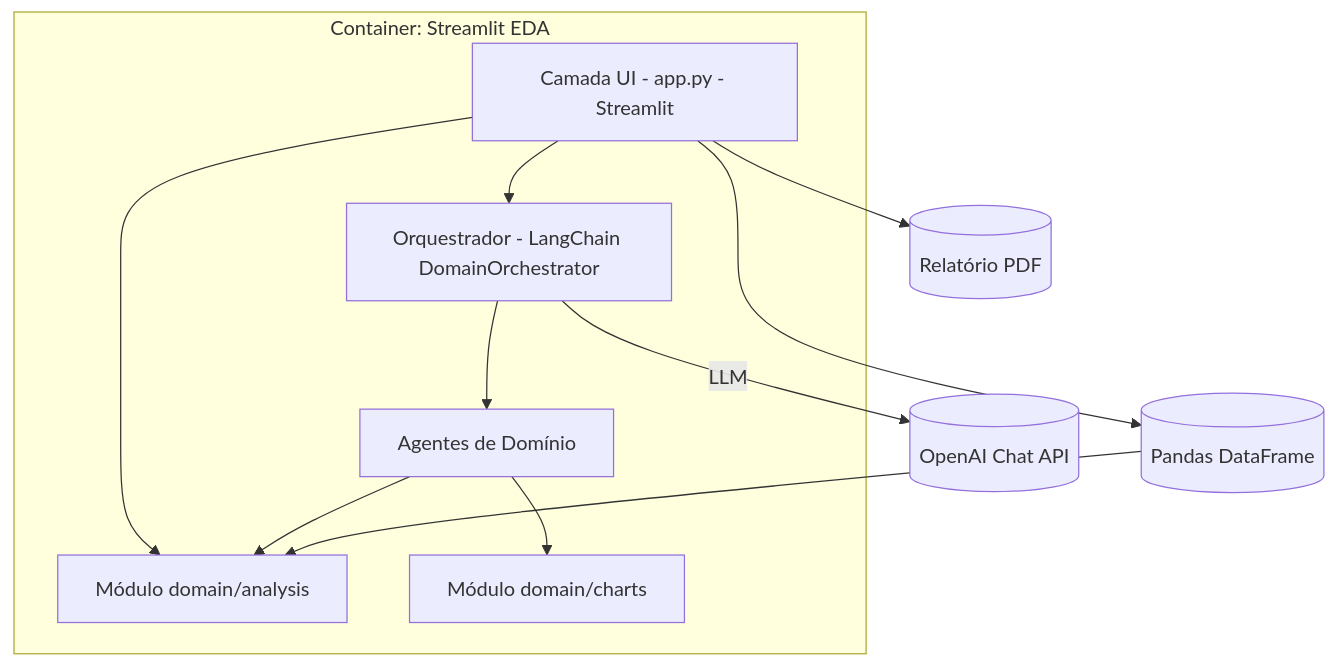
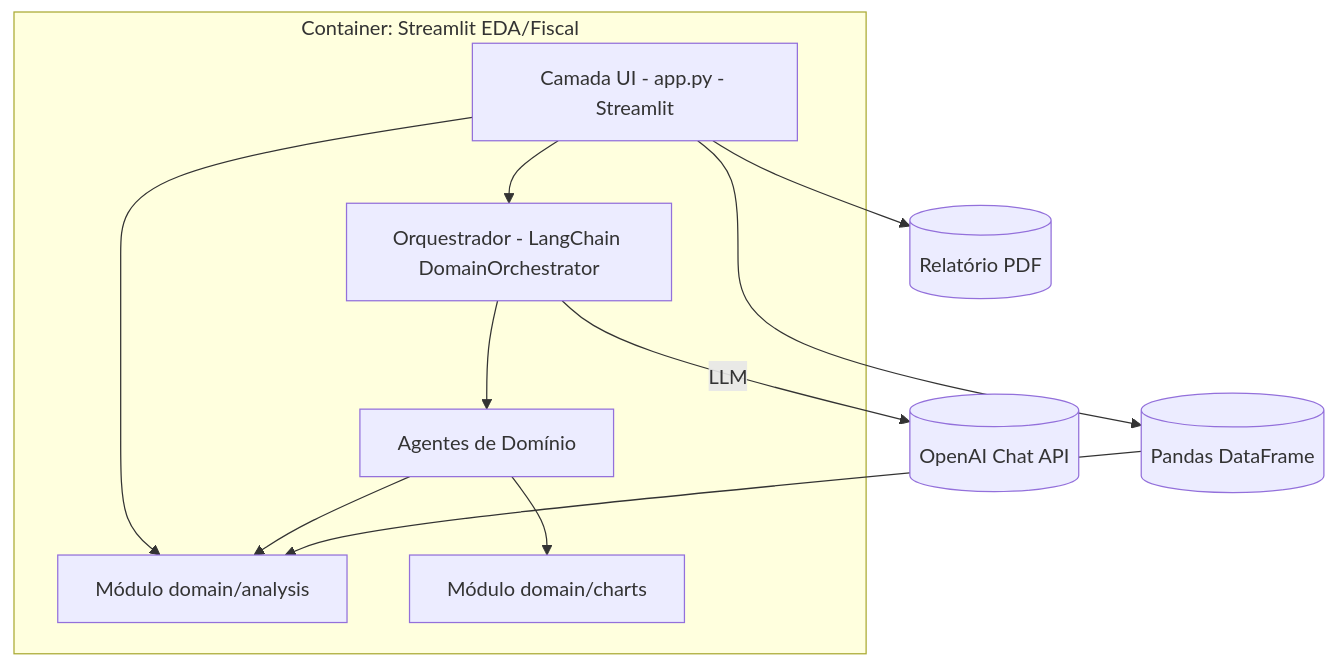
Before and after one commit to meta-i2a2-sigma-ia/projeto-final: the fourth of 4 diagrams in README.md, drawn with Mermaid. The commit also changed other lines of this file and 29 other files, not shown here.

````diff
--- a/README.md
+++ b/README.md
@@ -121,20 +129,20 @@
 ```mermaid
 graph TD
-    subgraph StreamlitApp[Container: Streamlit EDA]
+    subgraph StreamlitApp[Container: Streamlit EDA/Fiscal]
         UI[Camada UI - app.py - Streamlit]
         ORCH[Orquestrador - LangChain DomainOrchestrator]
         TOOLS[Agentes de Domínio]
         ANALYSIS[Módulo domain/analysis]
         CHARTS[Módulo domain/charts]
     end
 
     UI --> ORCH
     UI --> ANALYSIS
     ORCH --> TOOLS
     TOOLS --> ANALYSIS
     TOOLS --> CHARTS
     ORCH -->|LLM| LLM[(OpenAI Chat API)]
     UI --> DF[(Pandas DataFrame)]
     DF --> ANALYSIS
     UI --> PDF[(Relatório PDF)]
 ```
````
